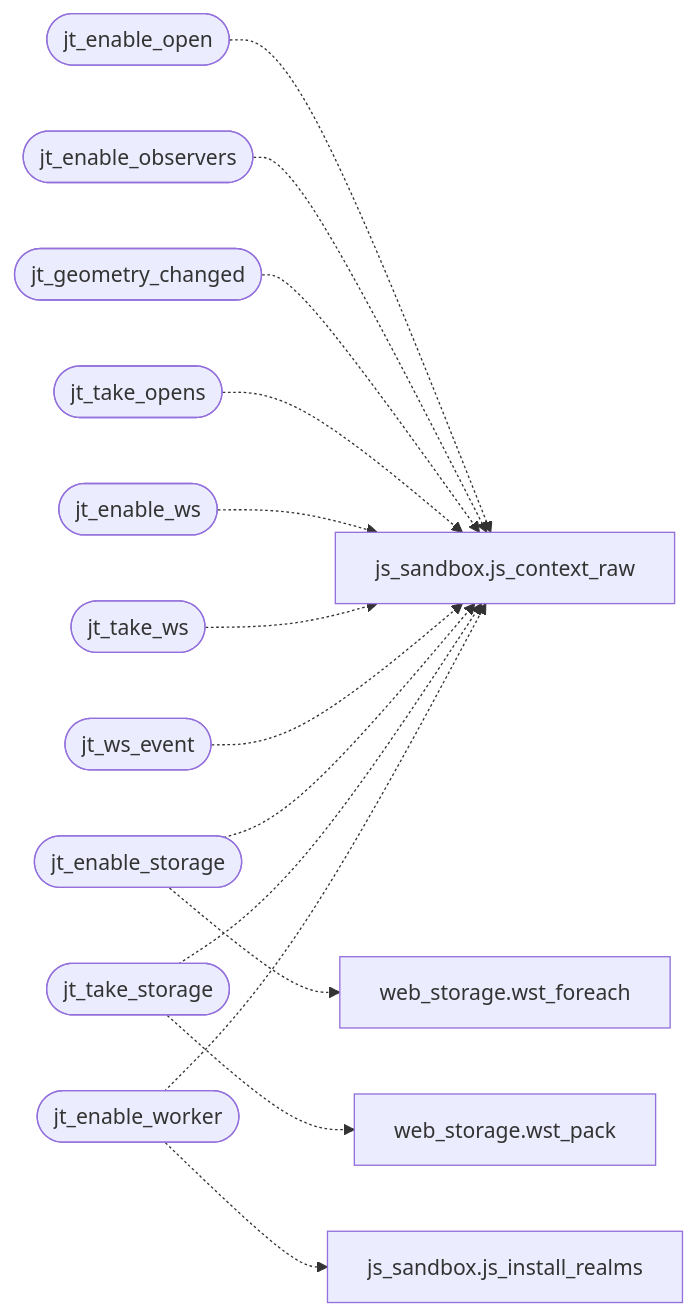
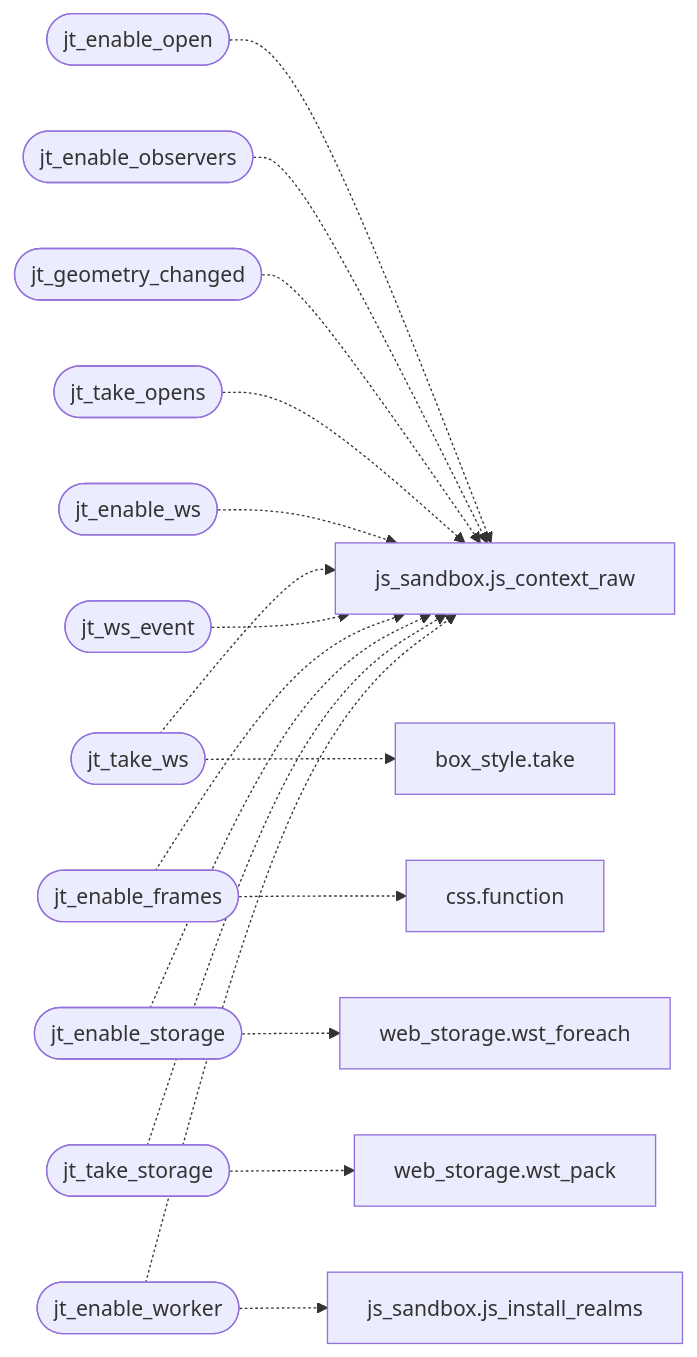
Before and after one commit to grisuno/FreeDom: the diagram in readmenator-apidocs/modules/src.js_trusted.c.md, drawn with Mermaid. The commit also changed other lines of this file and 279 other files, not shown here.

````diff
--- a/readmenator-apidocs/modules/src.js_trusted.c.md
+++ b/readmenator-apidocs/modules/src.js_trusted.c.md
@@ -15,30 +15,36 @@
 ```mermaid
 flowchart LR
     n_src_js_trusted_c__jt_enable_open(["jt_enable_open"])
     n_src_js_sandbox_c__js_context_raw["js_sandbox.js_context_raw"]
     n_src_js_trusted_c__jt_enable_observers(["jt_enable_observers"])
     n_src_js_trusted_c__jt_geometry_changed(["jt_geometry_changed"])
     n_src_js_trusted_c__jt_take_opens(["jt_take_opens"])
     n_src_js_trusted_c__jt_enable_ws(["jt_enable_ws"])
     n_src_js_trusted_c__jt_take_ws(["jt_take_ws"])
+    n_src_box_style_c__take["box_style.take"]
     n_src_js_trusted_c__jt_ws_event(["jt_ws_event"])
+    n_src_js_trusted_c__jt_enable_frames(["jt_enable_frames"])
+    n_src_css_c__function["css.function"]
     n_src_js_trusted_c__jt_enable_storage(["jt_enable_storage"])
     n_src_web_storage_c__wst_foreach["web_storage.wst_foreach"]
     n_src_js_trusted_c__jt_take_storage(["jt_take_storage"])
     n_src_web_storage_c__wst_pack["web_storage.wst_pack"]
     n_src_js_trusted_c__jt_enable_worker(["jt_enable_worker"])
     n_src_js_sandbox_c__js_install_realms["js_sandbox.js_install_realms"]
     n_src_js_trusted_c__jt_enable_open -.-> n_src_js_sandbox_c__js_context_raw
     n_src_js_trusted_c__jt_enable_observers -.-> n_src_js_sandbox_c__js_context_raw
     n_src_js_trusted_c__jt_geometry_changed -.-> n_src_js_sandbox_c__js_context_raw
     n_src_js_trusted_c__jt_take_opens -.-> n_src_js_sandbox_c__js_context_raw
     n_src_js_trusted_c__jt_enable_ws -.-> n_src_js_sandbox_c__js_context_raw
+    n_src_js_trusted_c__jt_take_ws -.-> n_src_box_style_c__take
     n_src_js_trusted_c__jt_take_ws -.-> n_src_js_sandbox_c__js_context_raw
     n_src_js_trusted_c__jt_ws_event -.-> n_src_js_sandbox_c__js_context_raw
+    n_src_js_trusted_c__jt_enable_frames -.-> n_src_css_c__function
+    n_src_js_trusted_c__jt_enable_frames -.-> n_src_js_sandbox_c__js_context_raw
     n_src_js_trusted_c__jt_enable_storage -.-> n_src_js_sandbox_c__js_context_raw
     n_src_js_trusted_c__jt_enable_storage -.-> n_src_web_storage_c__wst_foreach
     n_src_js_trusted_c__jt_take_storage -.-> n_src_js_sandbox_c__js_context_raw
     n_src_js_trusted_c__jt_take_storage -.-> n_src_web_storage_c__wst_pack
     n_src_js_trusted_c__jt_enable_worker -.-> n_src_js_sandbox_c__js_context_raw
     n_src_js_trusted_c__jt_enable_worker -.-> n_src_js_sandbox_c__js_install_realms
 ```
````
